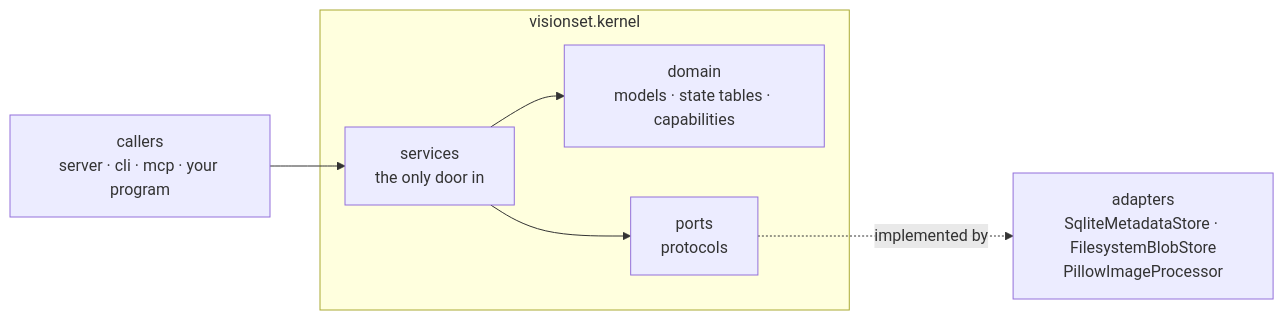
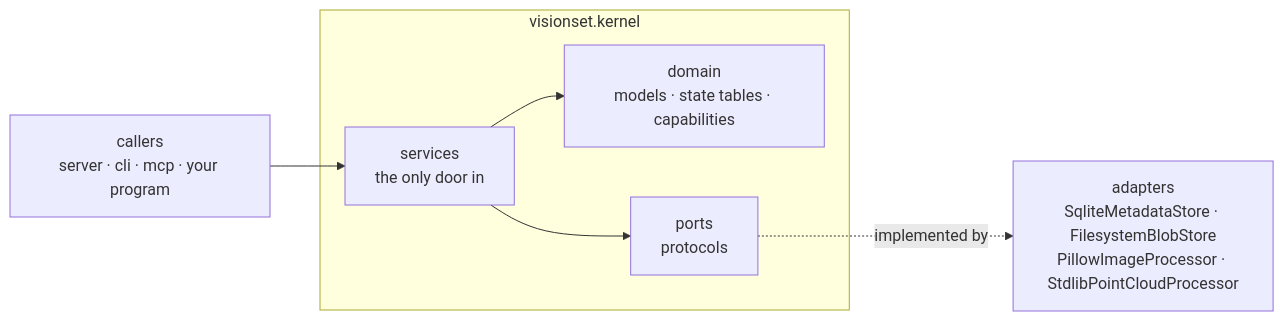
Before and after one commit to Robomous/VisionSet: the diagram in docs/content/architecture/backend/kernel.md, drawn with Mermaid. The commit also changed other lines of this file and 12 other files, not shown here.

````diff
--- a/docs/content/architecture/backend/kernel.md
+++ b/docs/content/architecture/backend/kernel.md
@@ -12,16 +12,16 @@
 ```mermaid
 flowchart LR
     subgraph Inside["visionset.kernel"]
         Services["services\nthe only door in"]
         Domain["domain\nmodels · state tables · capabilities"]
         Ports["ports\nprotocols"]
         Services --> Domain
         Services --> Ports
     end
 
-    Adapters["adapters\nSqliteMetadataStore · FilesystemBlobStore\nPillowImageProcessor"]
+    Adapters["adapters\nSqliteMetadataStore · FilesystemBlobStore\nPillowImageProcessor · StdlibPointCloudProcessor"]
     Callers["callers\nserver · cli · mcp · your program"]
 
     Callers --> Services
     Ports -.implemented by.-> Adapters
 ```
````
